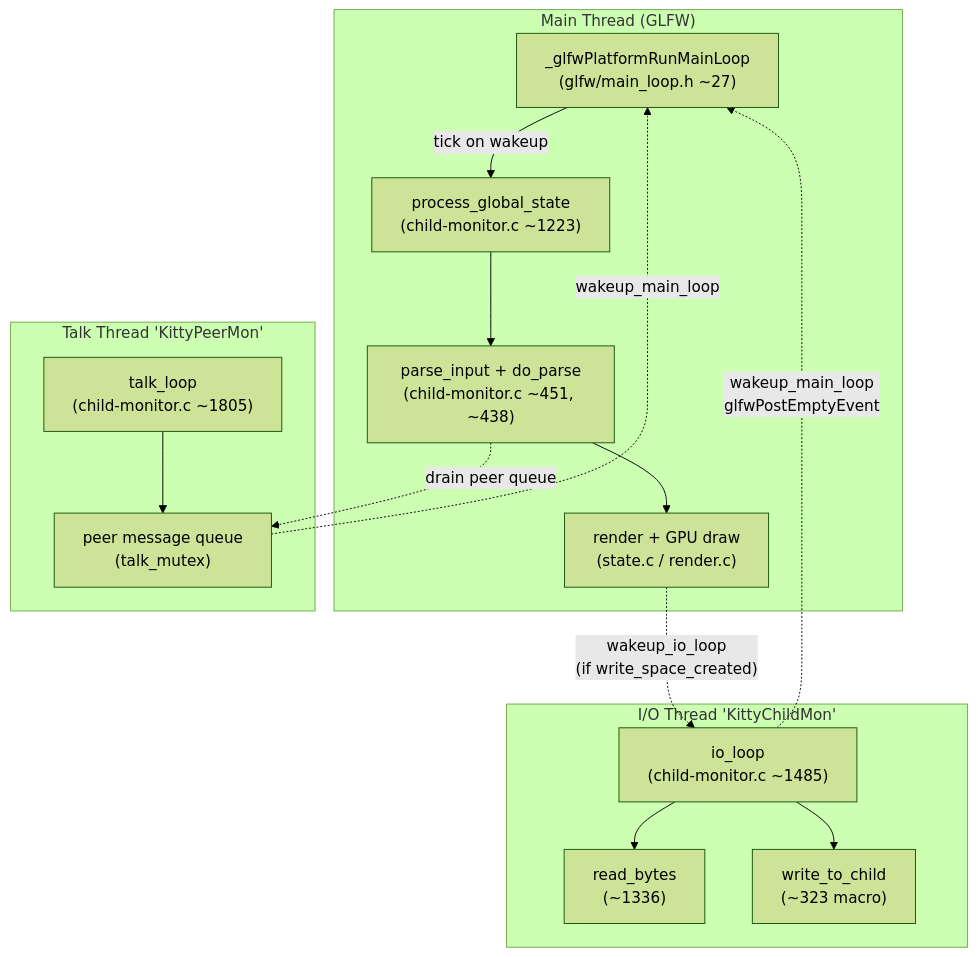
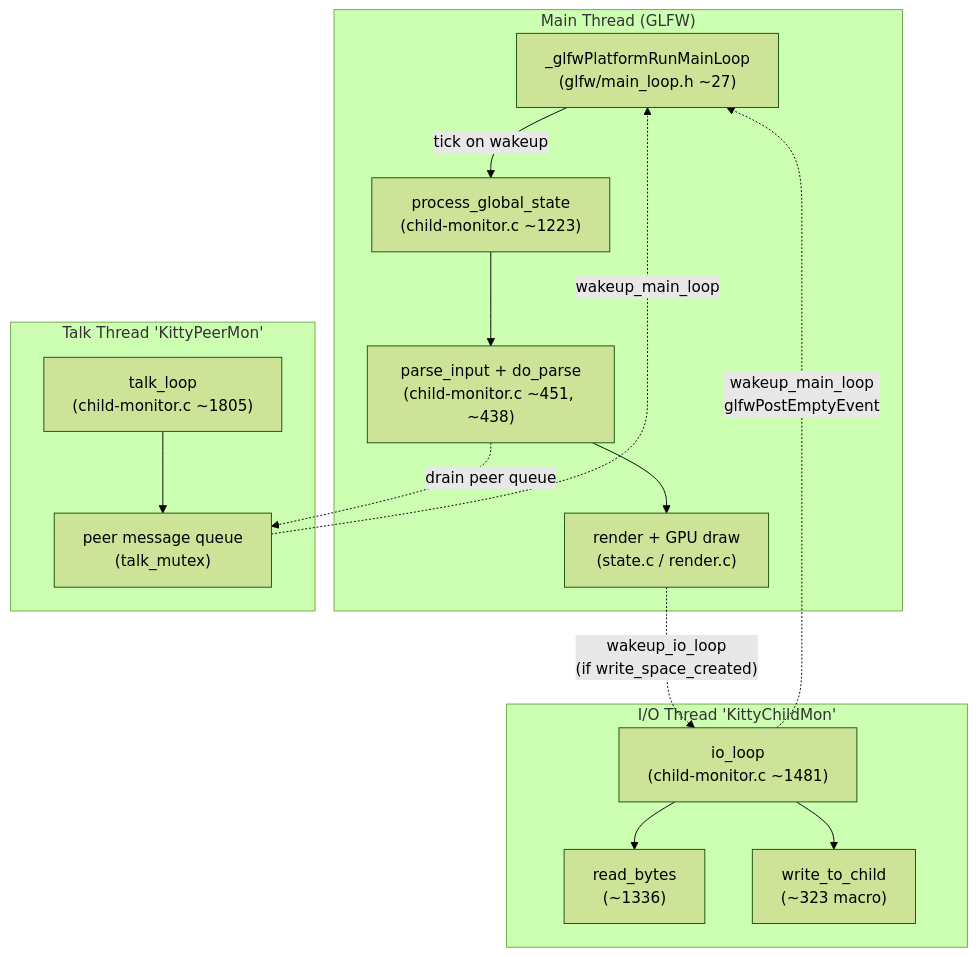
Before and after one commit to blitzy-research/kitty: the first of 4 diagrams in blitzy/documentation/kitty_815df1e210e0.md, drawn with Mermaid (forest theme). The commit also changed other lines of this file, not shown here.

````diff
--- a/blitzy/documentation/kitty_815df1e210e0.md
+++ b/blitzy/documentation/kitty_815df1e210e0.md
@@ -274,27 +274,27 @@
 ```mermaid
 flowchart TB
     subgraph Main["Main Thread (GLFW)"]
         GLoop["_glfwPlatformRunMainLoop<br/>(glfw/main_loop.h ~27)"]
         Tick["process_global_state<br/>(child-monitor.c ~1223)"]
         Parse["parse_input + do_parse<br/>(child-monitor.c ~451, ~438)"]
         Render["render + GPU draw<br/>(state.c / render.c)"]
         GLoop -->|"tick on wakeup"| Tick
         Tick --> Parse --> Render
     end
     subgraph IO["I/O Thread 'KittyChildMon'"]
-        IOLoop["io_loop<br/>(child-monitor.c ~1485)"]
+        IOLoop["io_loop<br/>(child-monitor.c ~1481)"]
         ReadB["read_bytes<br/>(~1336)"]
         WriteC["write_to_child<br/>(~323 macro)"]
         IOLoop --> ReadB
         IOLoop --> WriteC
     end
     subgraph Talk["Talk Thread 'KittyPeerMon'"]
         TLoop["talk_loop<br/>(child-monitor.c ~1805)"]
         PeerQ["peer message queue<br/>(talk_mutex)"]
         TLoop --> PeerQ
     end
     IOLoop -.->|"wakeup_main_loop<br/>glfwPostEmptyEvent"| GLoop
     PeerQ -.->|"wakeup_main_loop"| GLoop
     Render -.->|"wakeup_io_loop<br/>(if write_space_created)"| IOLoop
     Parse -.->|"drain peer queue"| PeerQ
 ```
````
